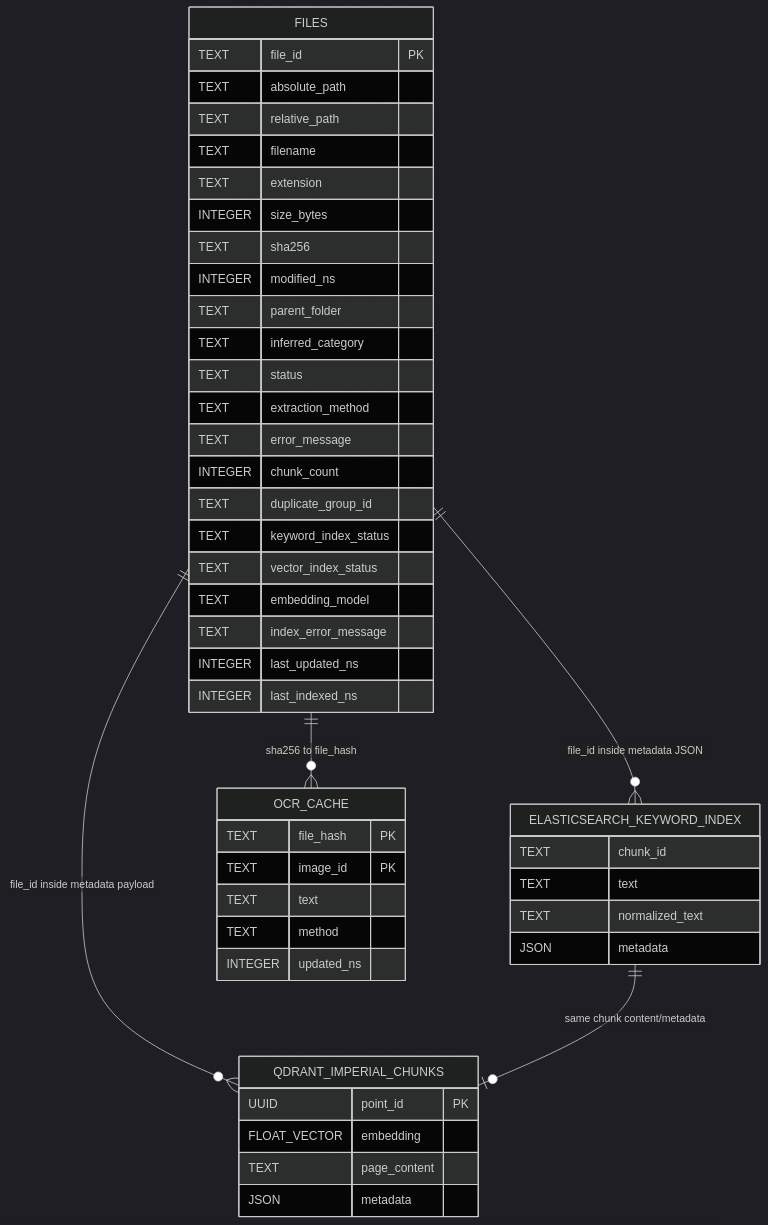
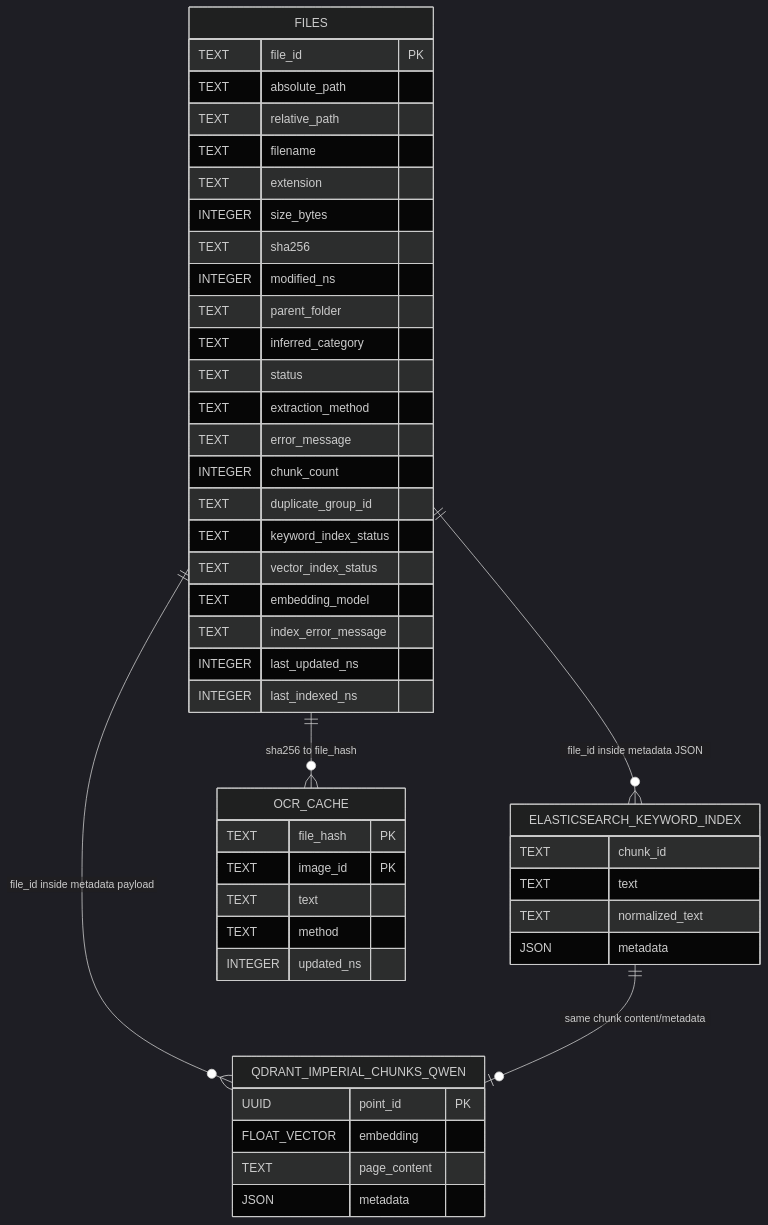
Before and after one commit to danil123zxc/imperial: the first of 2 diagrams in docs/database-schema-diagram.md, drawn with Mermaid (dark theme). The commit also changed other lines of this file and 1 other file, not shown here.

Commit message:
docs: add rag pipeline schema

````diff
--- a/docs/database-schema-diagram.md
+++ b/docs/database-schema-diagram.md
@@ -18,53 +18,53 @@
 ```mermaid
 erDiagram
     FILES {
         TEXT file_id PK
         TEXT absolute_path
         TEXT relative_path
         TEXT filename
         TEXT extension
         INTEGER size_bytes
         TEXT sha256
         INTEGER modified_ns
         TEXT parent_folder
         TEXT inferred_category
         TEXT status
         TEXT extraction_method
         TEXT error_message
         INTEGER chunk_count
         TEXT duplicate_group_id
         TEXT keyword_index_status
         TEXT vector_index_status
         TEXT embedding_model
         TEXT index_error_message
         INTEGER last_updated_ns
         INTEGER last_indexed_ns
     }
 
     ELASTICSEARCH_KEYWORD_INDEX {
         TEXT chunk_id
         TEXT text
         TEXT normalized_text
         JSON metadata
     }
 
-    QDRANT_IMPERIAL_CHUNKS {
+    QDRANT_IMPERIAL_CHUNKS_QWEN {
         UUID point_id PK
         FLOAT_VECTOR embedding
         TEXT page_content
         JSON metadata
     }
 
     OCR_CACHE {
         TEXT file_hash PK
         TEXT image_id PK
         TEXT text
         TEXT method
         INTEGER updated_ns
     }
 
     FILES ||--o{ ELASTICSEARCH_KEYWORD_INDEX : "file_id inside metadata JSON"
-    FILES ||--o{ QDRANT_IMPERIAL_CHUNKS : "file_id inside metadata payload"
+    FILES ||--o{ QDRANT_IMPERIAL_CHUNKS_QWEN : "file_id inside metadata payload"
     FILES ||--o{ OCR_CACHE : "sha256 to file_hash"
-    ELASTICSEARCH_KEYWORD_INDEX ||--o| QDRANT_IMPERIAL_CHUNKS : "same chunk content/metadata"
+    ELASTICSEARCH_KEYWORD_INDEX ||--o| QDRANT_IMPERIAL_CHUNKS_QWEN : "same chunk content/metadata"
 ```
````
